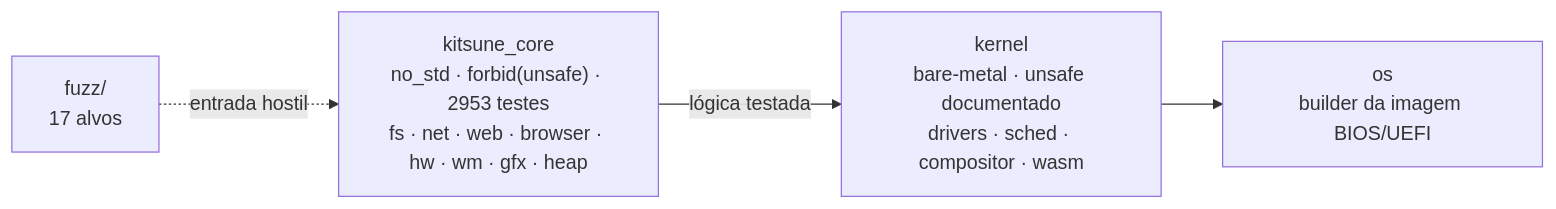
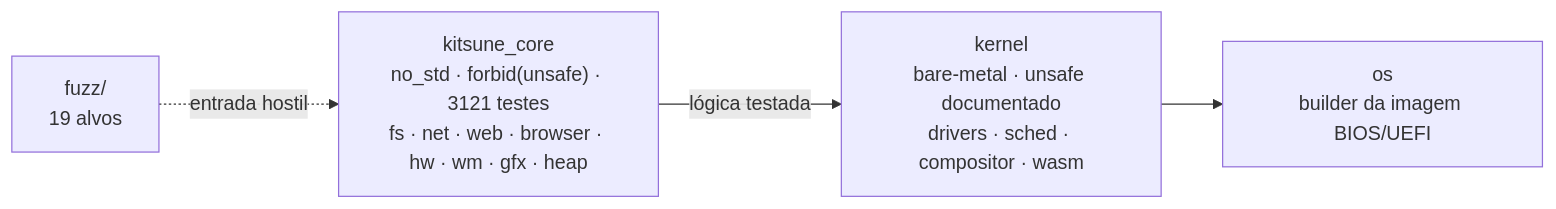
The diagram in README.md (Jeffinp/Kitsune), drawn with Mermaid before and after one commit. The commit also changed other lines of this file and 8 other files, not shown here.

````diff
--- a/README.md
+++ b/README.md
@@ -144,9 +148,9 @@
 ```mermaid
 flowchart LR
-    CORE["kitsune_core<br/>no_std · forbid(unsafe) · 2953 testes<br/>fs · net · web · browser · hw · wm · gfx · heap"]
+    CORE["kitsune_core<br/>no_std · forbid(unsafe) · 3121 testes<br/>fs · net · web · browser · hw · wm · gfx · heap"]
     KERNEL["kernel<br/>bare-metal · unsafe documentado<br/>drivers · sched · compositor · wasm"]
     OS["os<br/>builder da imagem BIOS/UEFI"]
-    FUZZ["fuzz/<br/>17 alvos"]
+    FUZZ["fuzz/<br/>19 alvos"]
     CORE -->|lógica testada| KERNEL --> OS
     FUZZ -.->|entrada hostil| CORE
 ```
````
